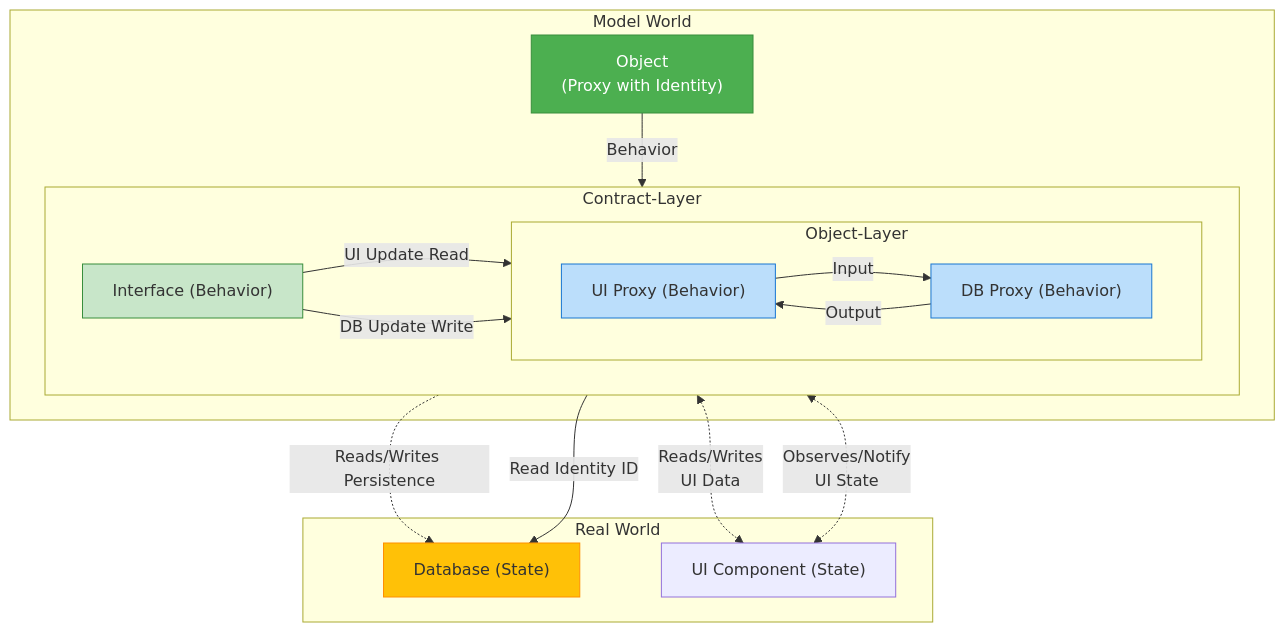
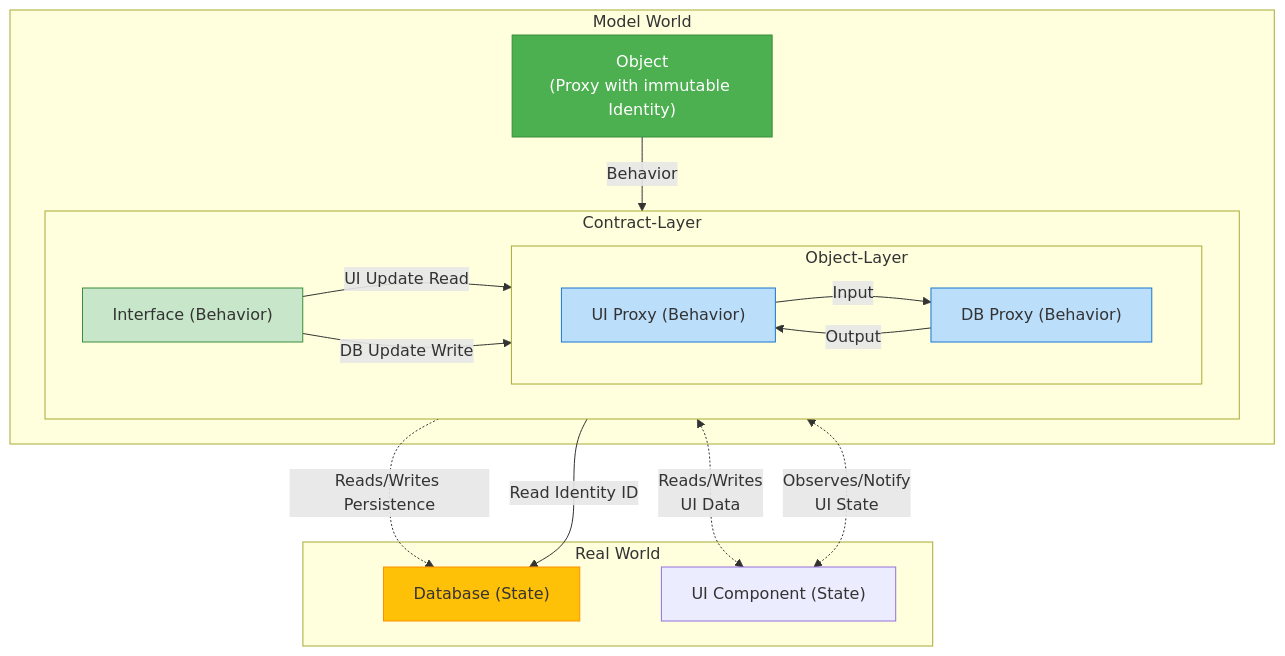
Before and after one commit to andreas-wagner-dev/object-oriented-learning-journey: the diagram in blog/003_oop_immutable_object.md, drawn with Mermaid.

````diff
--- a/blog/003_oop_immutable_object.md
+++ b/blog/003_oop_immutable_object.md
@@ -8,58 +8,58 @@
 ```mermaid
 %% Diagram 3: Simplified Flow of Data Animation and Behavior Delegation
 graph TB
     %% 1. Immutable Domain Object 
     subgraph Model World
 
-        A["Object<br/>(Proxy with Identity)"]
+        A["Object<br/>(Proxy with immutable Identity)"]
         style A fill:#4CAF50,stroke:#388E3C,color:#fff
 
         %% 2. The Contract and Behavior Delegation
         subgraph Contract-Layer
         direction LR
             B["Interface (Behavior)"]
             style B fill:#C8E6C9,stroke:#388E3C
         
             %% 3. Technical Object Layers<br/>(Real World Interface)
             subgraph Object-Layer
              direction LR
                 C["UI Proxy (Behavior)"]
                 D["DB Proxy (Behavior)"]
 
                 style C fill:#BBDEFB,stroke:#1976D2
                 style D fill:#BBDEFB,stroke:#1976D2
             
                 %% Internal interface communication.
             
    
 
             end
 
         end
 
     end
 
     %% 4. The Real Mutable Data Storage
     subgraph Real World
         F["Database (State)"]
         style F fill:#FFC107,stroke:#FF8F00
 
         C <-.->|Reads/Writes<br/>UI Data| E["UI Component (State)"]
         C <-.->|Observes/Notify<br/>UI State| E
         D -.->|Reads/Writes Persistence| F
     end
     
     %% The Immutable Object holds the key and delegates all work to the interface.
 
 
     A -- Behavior --> B
     D -- Read Identity ID --> F
 
     %% The Interface is implemented by the technical components.
 
     B -- UI Update Read --> C
     B -- DB Update Write --> D
 
    C -- Input --> D
    D -- Output --> C
 ```
````
